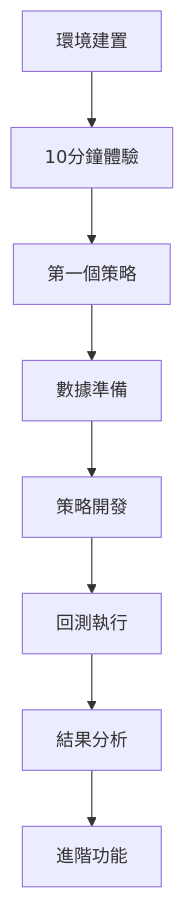
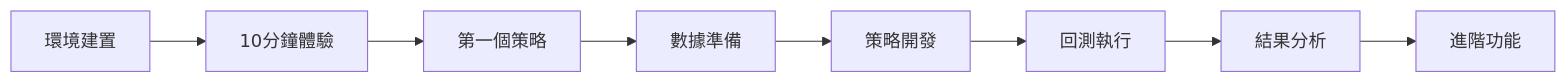
Before and after one commit to Jack-Doge/TQuant-manual: the diagram in docs/zh-TW/1_quickstart/getting-started.md, drawn with Mermaid.

Commit message:
修改學習路徑

````diff
--- a/docs/zh-TW/1_quickstart/getting-started.md
+++ b/docs/zh-TW/1_quickstart/getting-started.md
@@ -19,10 +19,11 @@
 ```mermaid
-graph TD
+graph LR
     A[環境建置] --> B[10分鐘體驗]
     B --> C[第一個策略]
     C --> D[數據準備]
     D --> E[策略開發]
     E --> F[回測執行]
     F --> G[結果分析]
     G --> H[進階功能]
+
 ```
````
